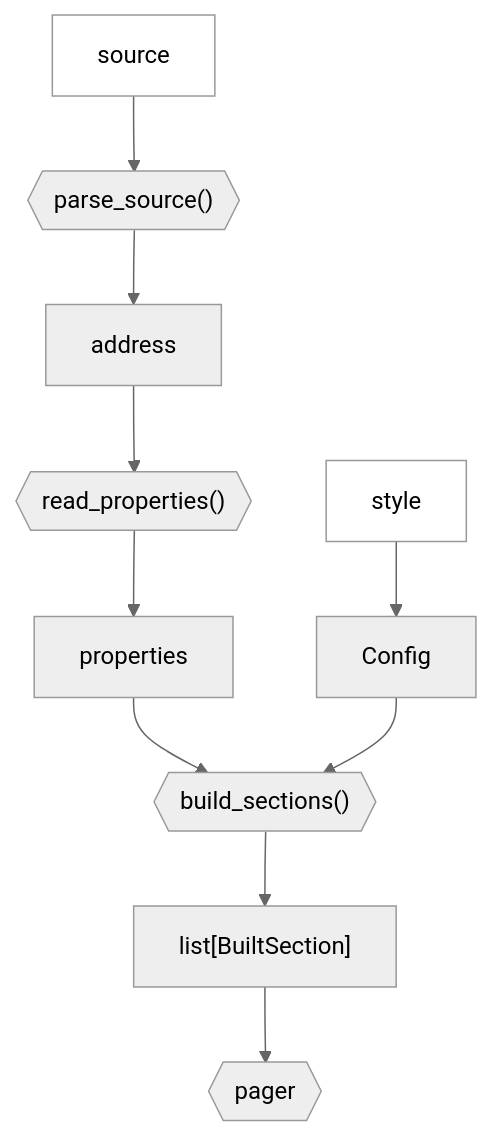
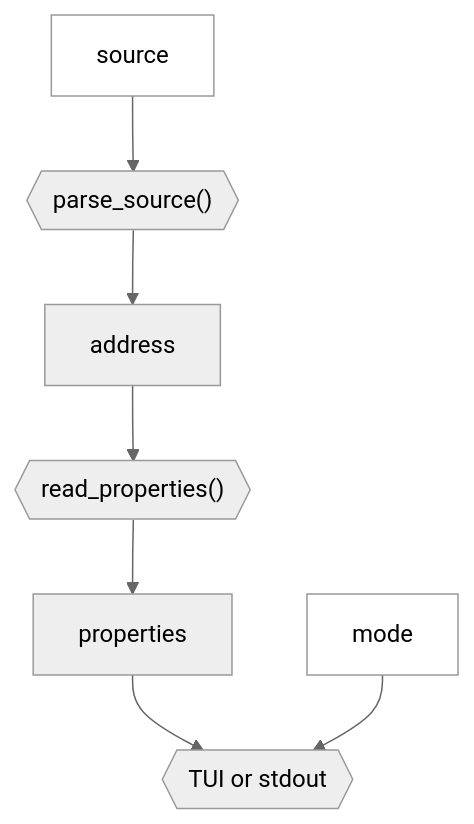
One commit to seedcase-project/seedcase-flower changed the second of 2 diagrams in docs/design/interface/python.qmd. Above: the diagram before and after it, drawn with Mermaid (neutral theme). The commit also changed other lines of this file and 7 other files, not shown here.

````diff
--- a/docs/design/interface/python.qmd
+++ b/docs/design/interface/python.qmd
@@ -93,12 +93,11 @@
 ```{mermaid}
 %%| label: fig-python-view-flow
 %%| fig-cap: "Diagram of the internal flow of functions and objects in the `view()` CLI function."
 flowchart TD
     source:::input --> parse_source{{"parse_source()"}} --> address
-    style_cfg[style]:::input --> Config
+    mode[mode]:::input
     address --> read_properties{{"read_properties()"}} --> properties
-    properties & Config --> build_sections{{"build_sections()"}} --> output["list[BuiltSection]"]
-    output --> pager{{"pager"}}
+    properties & mode --> output{{"TUI or stdout"}}
 
     classDef input fill:#FFF
 ```
````
